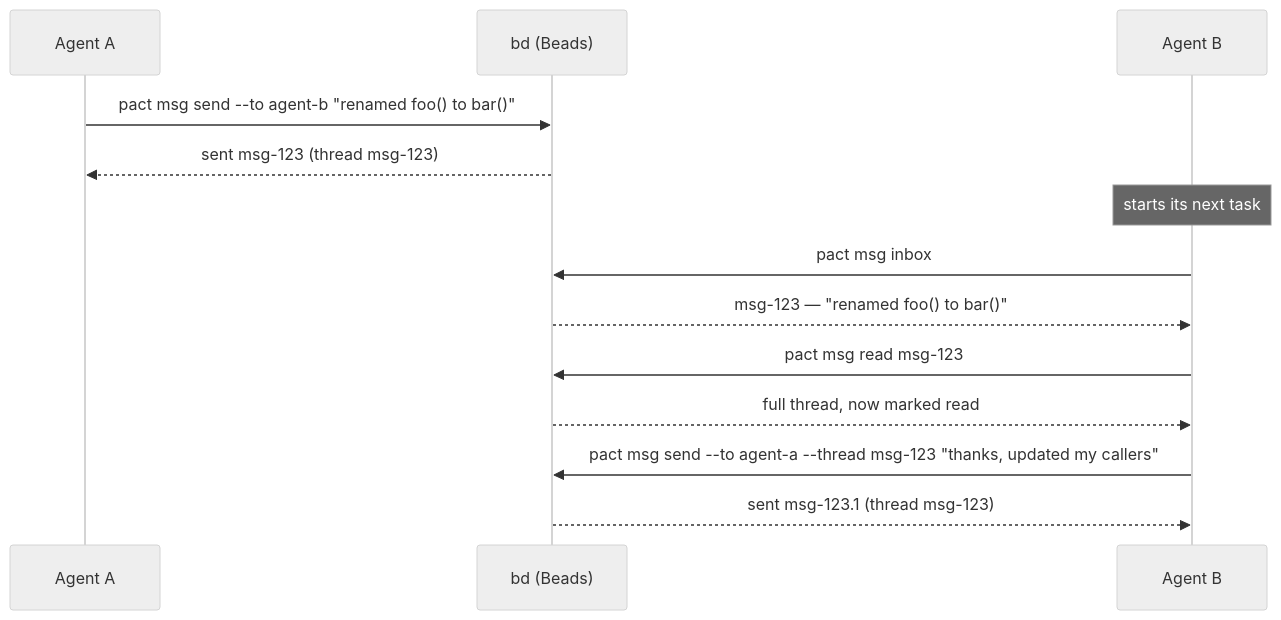
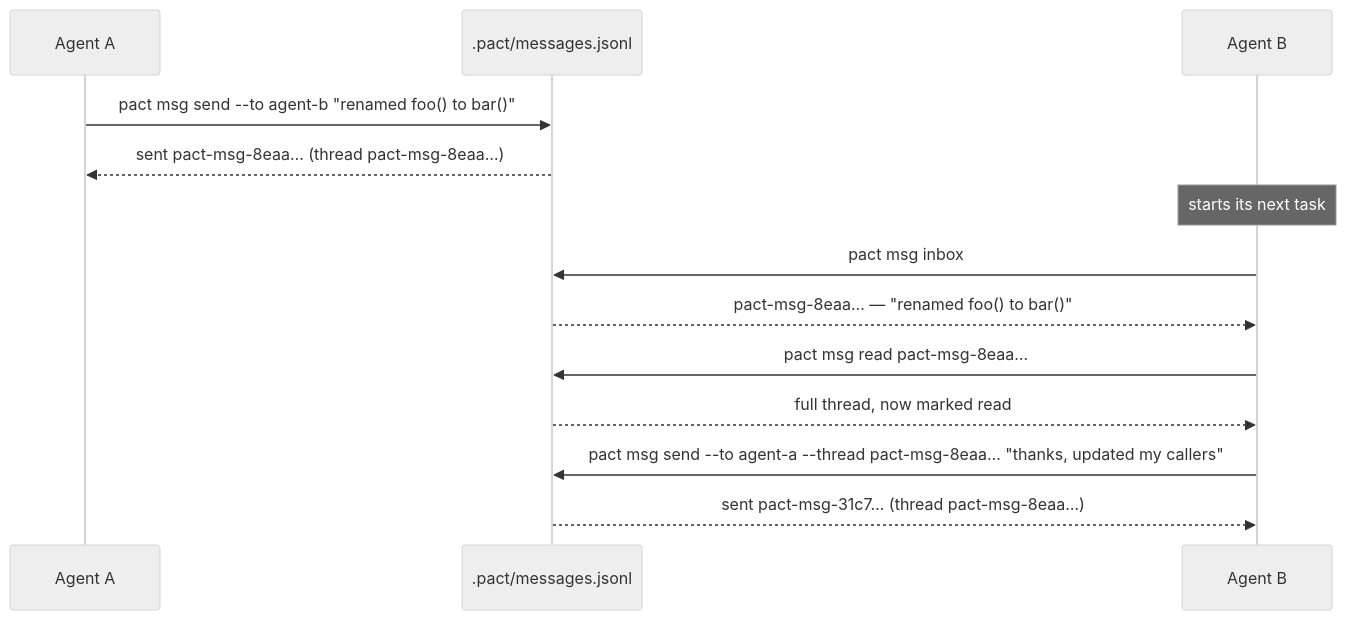
One commit to chussenot/pact changed the first of 2 diagrams in docs/messaging.md. Above: the diagram before and after it, drawn with Mermaid (neutral theme). The commit also changed other lines of this file and 20 other files, not shown here.

````diff
--- a/docs/messaging.md
+++ b/docs/messaging.md
@@ -21,19 +24,19 @@
 ```mermaid
 sequenceDiagram
     participant A as Agent A
-    participant BD as bd (Beads)
+    participant S as .pact/messages.jsonl
     participant B as Agent B
 
-    A->>BD: pact msg send --to agent-b "renamed foo() to bar()"
-    BD-->>A: sent msg-123 (thread msg-123)
+    A->>S: pact msg send --to agent-b "renamed foo() to bar()"
+    S-->>A: sent pact-msg-8eaa… (thread pact-msg-8eaa…)
 
     Note over B: starts its next task
-    B->>BD: pact msg inbox
-    BD-->>B: msg-123 — "renamed foo() to bar()"
+    B->>S: pact msg inbox
+    S-->>B: pact-msg-8eaa… — "renamed foo() to bar()"
 
-    B->>BD: pact msg read msg-123
-    BD-->>B: full thread, now marked read
+    B->>S: pact msg read pact-msg-8eaa…
+    S-->>B: full thread, now marked read
 
-    B->>BD: pact msg send --to agent-a --thread msg-123 "thanks, updated my callers"
-    BD-->>B: sent msg-123.1 (thread msg-123)
+    B->>S: pact msg send --to agent-a --thread pact-msg-8eaa… "thanks, updated my callers"
+    S-->>B: sent pact-msg-31c7… (thread pact-msg-8eaa…)
 ```
````
